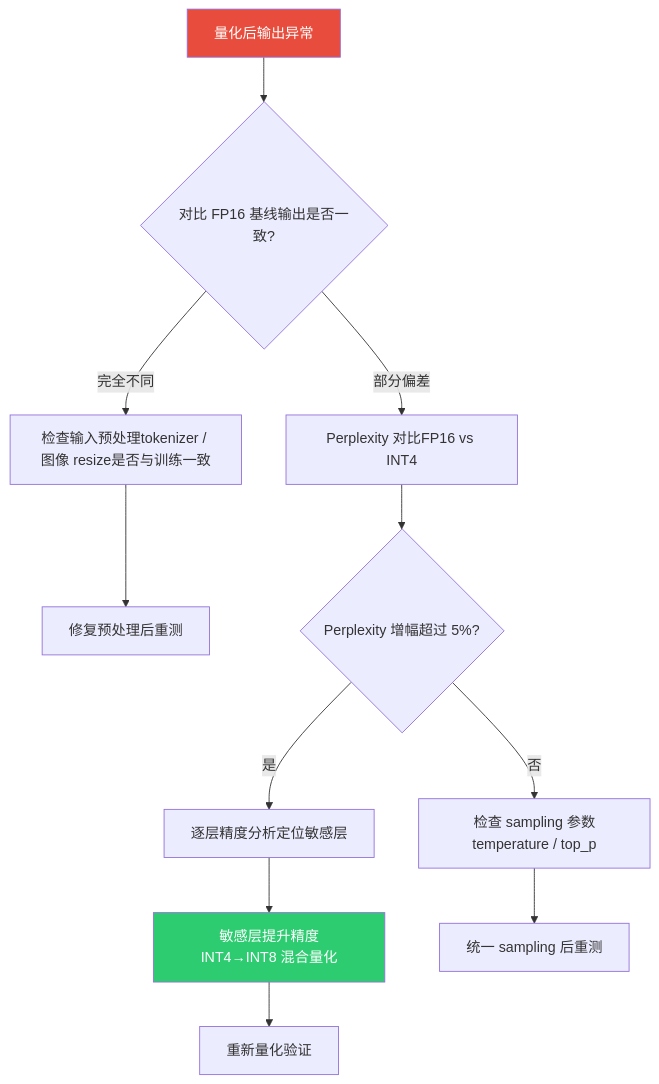
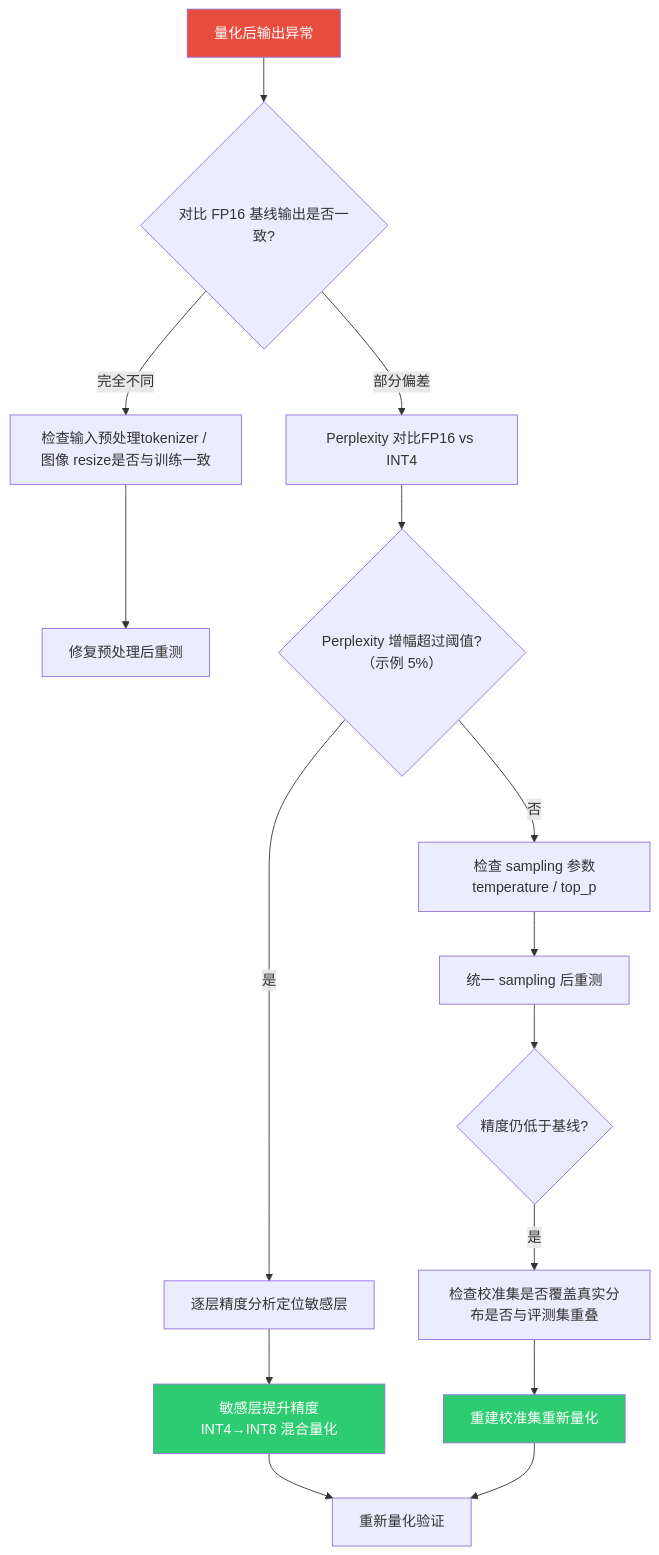
The second of 2 diagrams in cockpit/projects/agent-framework/debug.md (ranpin/edge-ai-docs), drawn with Mermaid before and after one commit. The commit also changed other lines of this file and 1 other file, not shown here.

````diff
--- a/cockpit/projects/agent-framework/debug.md
+++ b/cockpit/projects/agent-framework/debug.md
@@ -127,16 +127,21 @@
 ```mermaid
 flowchart TD
     A["量化后输出异常"] --> B{"对比 FP16 基线输出是否一致?"}
     B -->|"完全不同"| C["检查输入预处理tokenizer / 图像 resize是否与训练一致"]
     B -->|"部分偏差"| D["Perplexity 对比FP16 vs INT4"]
     C --> C1["修复预处理后重测"]
-    D --> E{"Perplexity 增幅超过 5%?"}
+    D --> E{"Perplexity 增幅超过阈值?（示例 5%）"}
     E -->|"是"| F["逐层精度分析定位敏感层"]
     E -->|"否"| G["检查 sampling 参数temperature / top_p"]
     F --> H["敏感层提升精度INT4→INT8 混合量化"]
     G --> G1["统一 sampling 后重测"]
+    G1 --> CAL{"精度仍低于基线?"}
+    CAL -->|"是"| CAL1["检查校准集是否覆盖真实分布是否与评测集重叠"]
+    CAL1 --> CAL2["重建校准集重新量化"]
     H --> I["重新量化验证"]
+    CAL2 --> I
 
     style A fill:#e74c3c,color:#fff
     style H fill:#2ecc71,color:#fff
+    style CAL2 fill:#2ecc71,color:#fff
 ```
````
